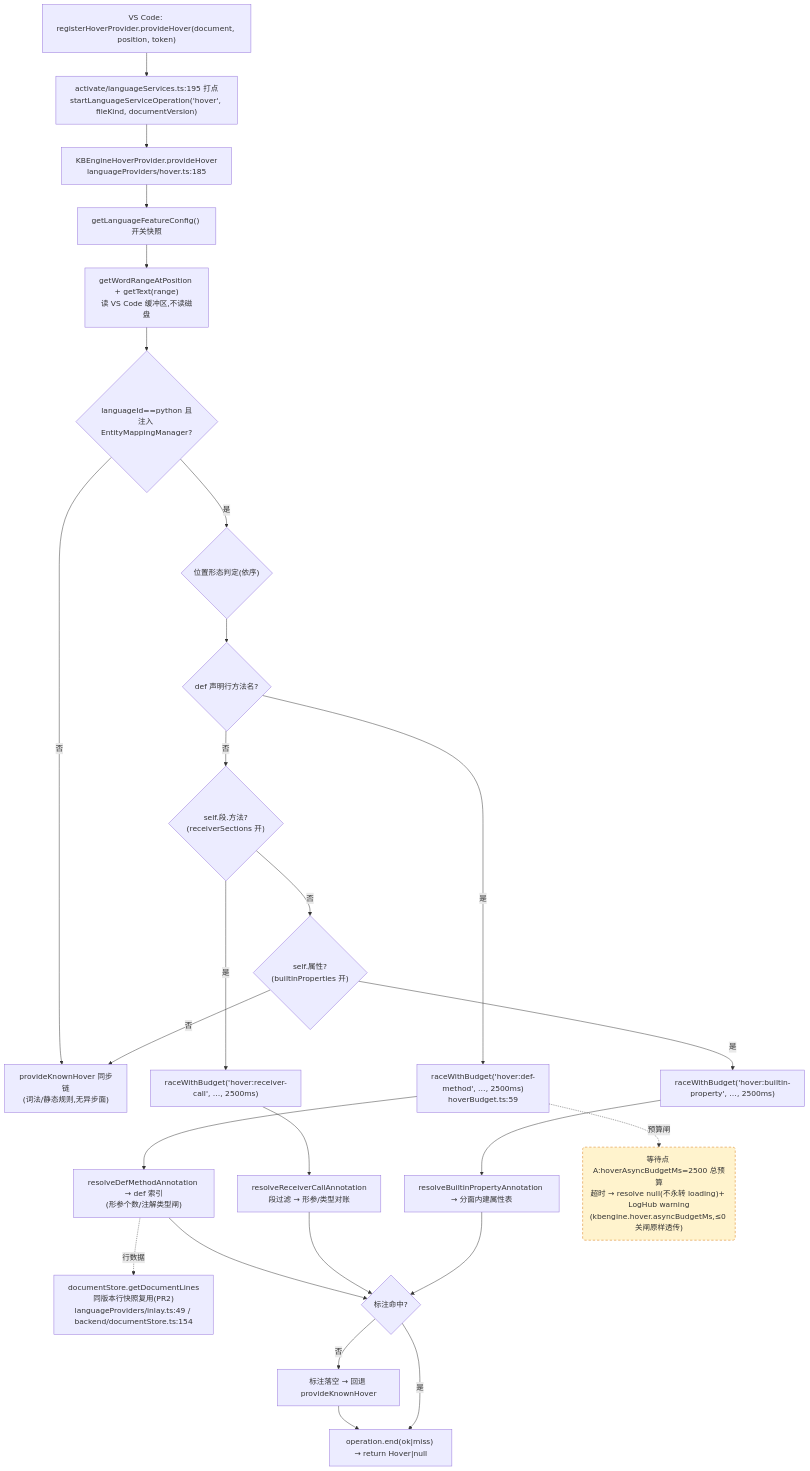
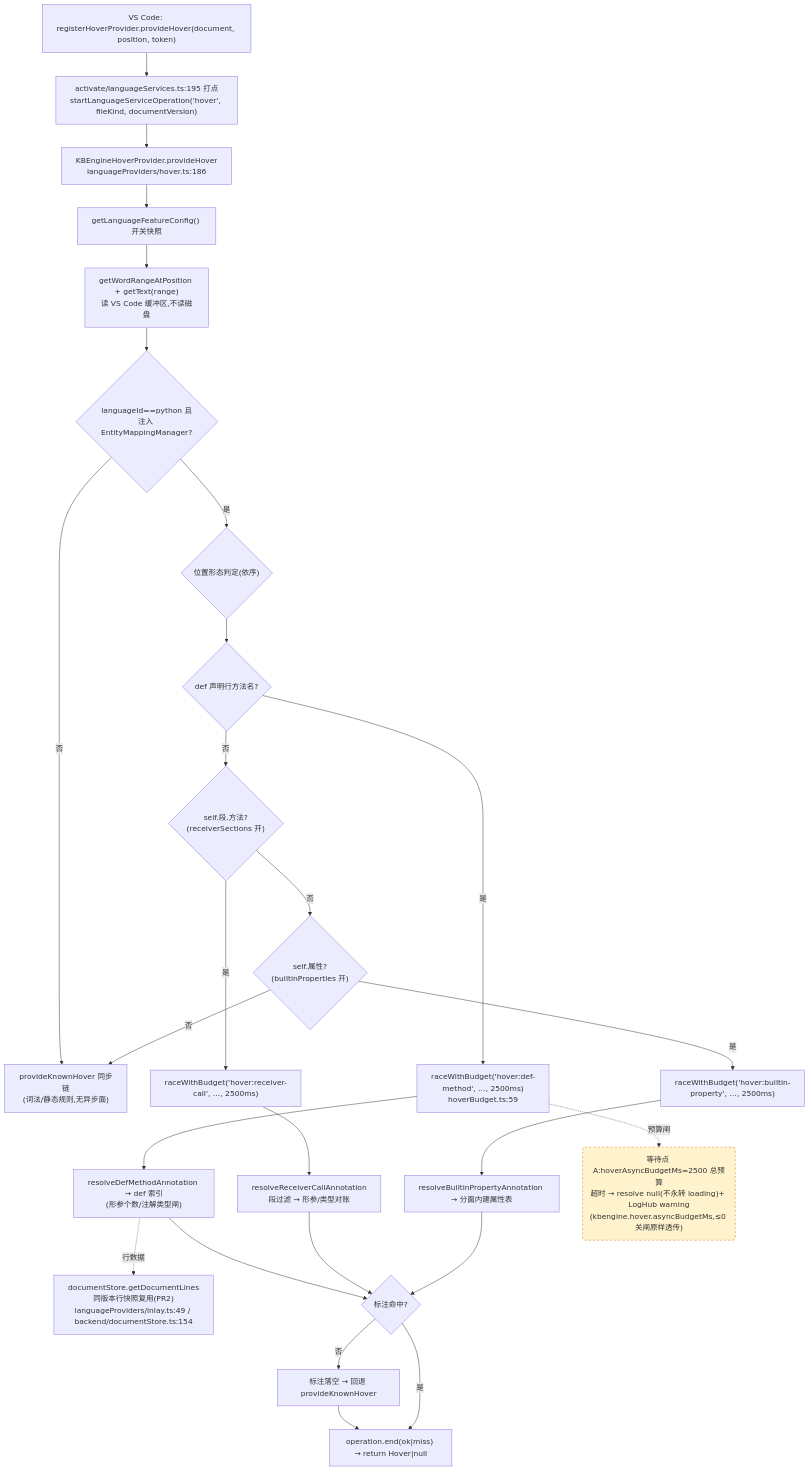
Before and after one commit to cuihairu/kode: the first of 4 diagrams in docs/perf/2026-baseline.md, drawn with Mermaid. The commit also changed other lines of this file and 7 other files, not shown here.

````diff
--- a/docs/perf/2026-baseline.md
+++ b/docs/perf/2026-baseline.md
@@ -82,45 +82,45 @@
 ```mermaid
 flowchart TD
   VC1["VS Code: registerHoverProvider.provideHover(document, position, token)"]
   M1["activate/languageServices.ts:195 打点<br/>startLanguageServiceOperation('hover', fileKind, documentVersion)"]
-  HP["KBEngineHoverProvider.provideHover<br/>languageProviders/hover.ts:185"]
+  HP["KBEngineHoverProvider.provideHover<br/>languageProviders/hover.ts:186"]
   CFG["getLanguageFeatureConfig() 开关快照"]
   WORD["getWordRangeAtPosition + getText(range)<br/>读 VS Code 缓冲区,不读磁盘"]
   BR{"languageId==python 且<br/>注入 EntityMappingManager?"}
   KN["provideKnownHover 同步链<br/>(词法/静态规则,无异步面)"]
   POS{"位置形态判定(依序)"}
   D1{"def 声明行方法名?"}
   D2{"self.段.方法?<br/>(receiverSections 开)"}
   D3{"self.属性?<br/>(builtinProperties 开)"}
   RA1["raceWithBudget('hover:def-method', …, 2500ms)<br/>hoverBudget.ts:59"]
   RA2["raceWithBudget('hover:receiver-call', …, 2500ms)"]
   RA3["raceWithBudget('hover:builtin-property', …, 2500ms)"]
   RS1["resolveDefMethodAnnotation → def 索引<br/>(形参个数/注解类型闸)"]
   RS2["resolveReceiverCallAnnotation<br/>段过滤 → 形参/类型对账"]
   RS3["resolveBuiltinPropertyAnnotation → 分面内建属性表"]
   LINES["documentStore.getDocumentLines<br/>同版本行快照复用(PR2)<br/>languageProviders/inlay.ts:49 / backend/documentStore.ts:154"]
   MISS["标注落空 → 回退 provideKnownHover"]
   END1["operation.end(ok|miss) → return Hover|null"]
 
   VC1 --> M1 --> HP --> CFG --> WORD --> BR
   BR -- "否" --> KN
   BR -- "是" --> POS --> D1
   D1 -- "是" --> RA1 --> RS1
   D1 -- "否" --> D2
   D2 -- "是" --> RA2 --> RS2
   D2 -- "否" --> D3
   D3 -- "是" --> RA3 --> RS3
   D3 -- "否" --> KN
   RS1 --> HIT{"标注命中?"}
   RS2 --> HIT
   RS3 --> HIT
   RS1 -.->|行数据| LINES
   HIT -- "否" --> MISS --> END1
   HIT -- "是" --> END1
 
   WAITA("等待点 A:hoverAsyncBudgetMs=2500 总预算<br/>超时 → resolve null(不永转 loading)+ LogHub warning<br/>(kbengine.hover.asyncBudgetMs,≤0 关闸原样透传)")
   RA1 -.->|预算闸| WAITA
 
   classDef waitPoint fill:#fff3cd,stroke:#d97706,stroke-dasharray:5 4;
   class WAITA waitPoint;
 ```
````
